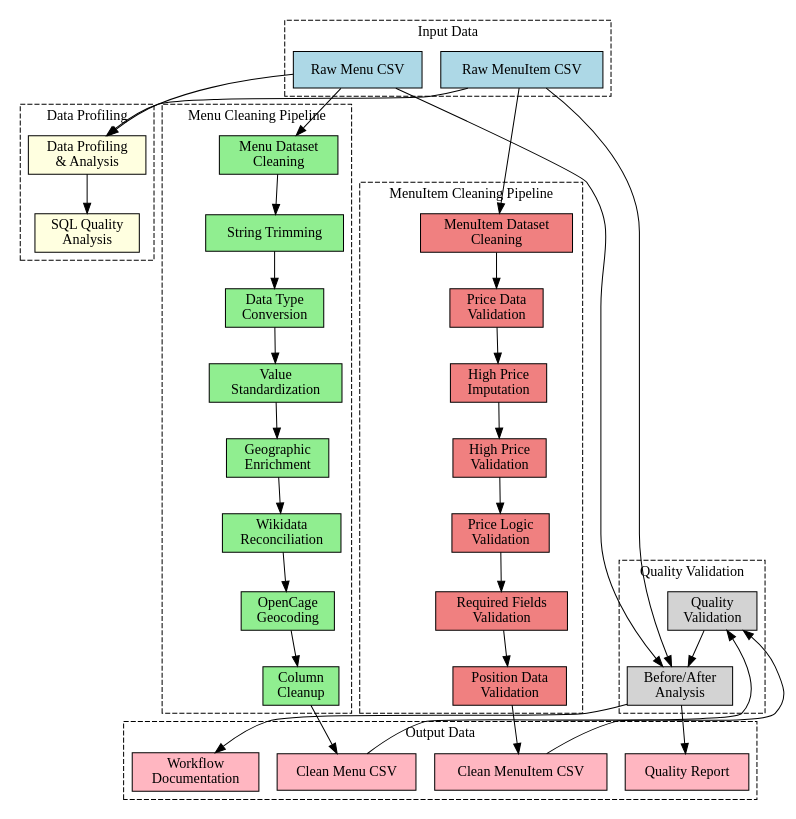
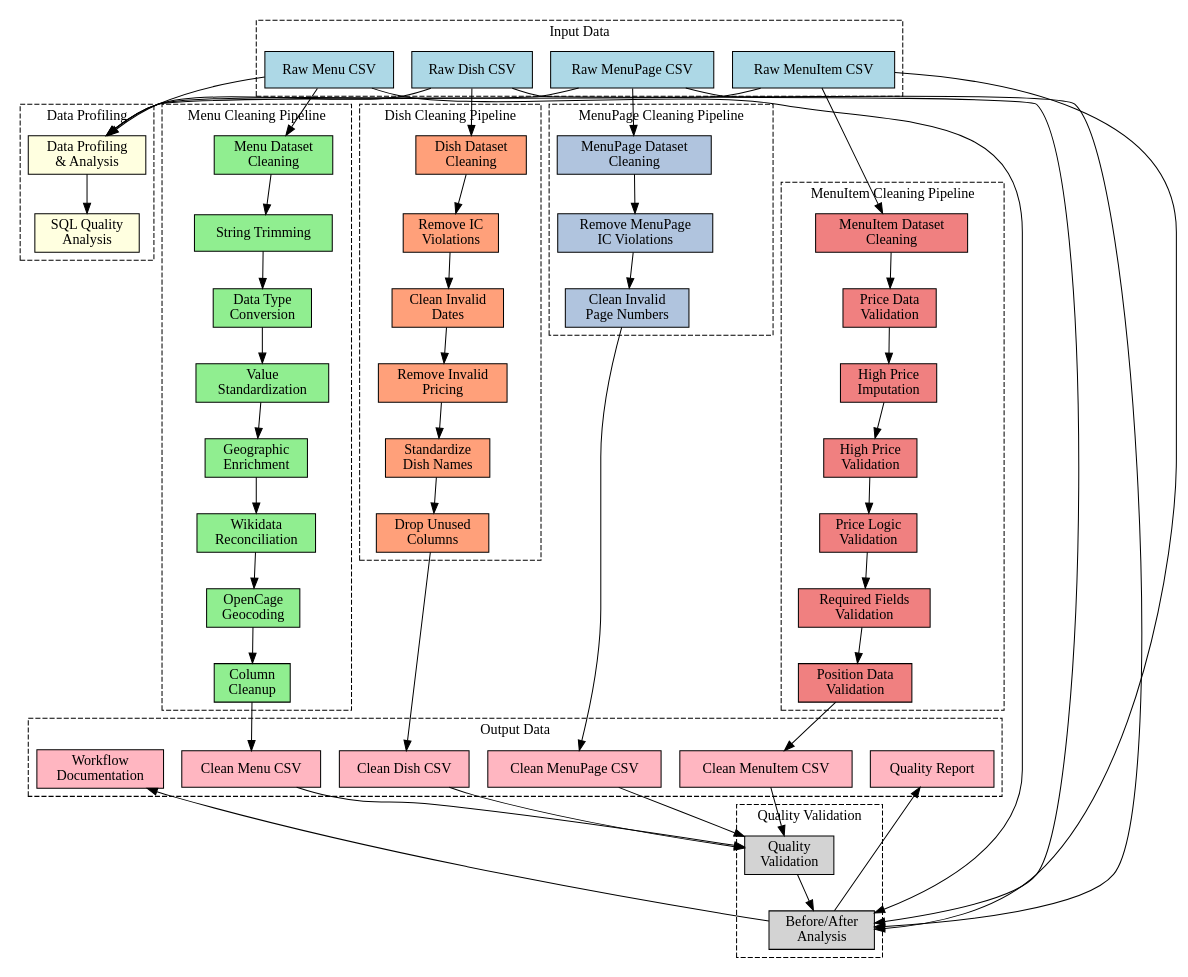
One commit to haithamshahin333/uiuc-cs513-group changed the diagram in Phase II/Detailed_Workflow_W2.gv. Above: the diagram before and after it, drawn with Graphviz. The commit also changed 6 other files, not shown here.

```diff
--- a/Phase II/Detailed_Workflow_W2.gv
+++ b/Phase II/Detailed_Workflow_W2.gv
@@ -1,122 +1,179 @@
 digraph NYPL_Data_Cleaning_Workflow {
     rankdir=TB;
     node [shape=box, style=filled];
     
     raw_menu_csv [label="Raw Menu CSV", fillcolor=lightblue];
     raw_menuitem_csv [label="Raw MenuItem CSV", fillcolor=lightblue];
+    raw_dish_csv [label="Raw Dish CSV", fillcolor=lightblue];
+    raw_menupage_csv [label="Raw MenuPage CSV", fillcolor=lightblue];
     
     profiling [label="Data Profiling\n& Analysis", fillcolor=lightyellow];
     sql_analysis [label="SQL Quality\nAnalysis", fillcolor=lightyellow];
     
     menu_cleaning [label="Menu Dataset\nCleaning", fillcolor=lightgreen];
     string_trim [label="String Trimming", fillcolor=lightgreen];
     type_convert [label="Data Type\nConversion", fillcolor=lightgreen];
     value_std [label="Value\nStandardization", fillcolor=lightgreen];
     geo_enrich [label="Geographic\nEnrichment", fillcolor=lightgreen];
     wikidata [label="Wikidata\nReconciliation", fillcolor=lightgreen];
     opencage [label="OpenCage\nGeocoding", fillcolor=lightgreen];
     column_cleanup [label="Column\nCleanup", fillcolor=lightgreen];
     
     menuitem_cleaning [label="MenuItem Dataset\nCleaning", fillcolor=lightcoral];
     price_valid [label="Price Data\nValidation", fillcolor=lightcoral];
     price_impute [label="High Price\nImputation", fillcolor=lightcoral];
     high_price_valid [label="High Price\nValidation", fillcolor=lightcoral];
     price_logic [label="Price Logic\nValidation", fillcolor=lightcoral];
     field_valid [label="Required Fields\nValidation", fillcolor=lightcoral];
     position_valid [label="Position Data\nValidation", fillcolor=lightcoral];
     
+    dish_cleaning [label="Dish Dataset\nCleaning", fillcolor=lightsalmon];
+    dish_ic_removal [label="Remove IC\nViolations", fillcolor=lightsalmon];
+    dish_date_clean [label="Clean Invalid\nDates", fillcolor=lightsalmon];
+    dish_price_clean [label="Remove Invalid\nPricing", fillcolor=lightsalmon];
+    dish_name_std [label="Standardize\nDish Names", fillcolor=lightsalmon];
+    dish_column_drop [label="Drop Unused\nColumns", fillcolor=lightsalmon];
+    
+    menupage_cleaning [label="MenuPage Dataset\nCleaning", fillcolor=lightsteelblue];
+    menupage_ic_removal [label="Remove MenuPage\nIC Violations", fillcolor=lightsteelblue];
+    menupage_page_clean [label="Clean Invalid\nPage Numbers", fillcolor=lightsteelblue];
+    
     quality_valid [label="Quality\nValidation", fillcolor=lightgray];
     before_after [label="Before/After\nAnalysis", fillcolor=lightgray];
     
     clean_menu_csv [label="Clean Menu CSV", fillcolor=lightpink];
     clean_menuitem_csv [label="Clean MenuItem CSV", fillcolor=lightpink];
+    clean_dish_csv [label="Clean Dish CSV", fillcolor=lightpink];
+    clean_menupage_csv [label="Clean MenuPage CSV", fillcolor=lightpink];
     quality_report [label="Quality Report", fillcolor=lightpink];
     workflow_doc [label="Workflow\nDocumentation", fillcolor=lightpink];
     
     raw_menu_csv -> profiling;
     raw_menuitem_csv -> profiling;
+    raw_dish_csv -> profiling;
+    raw_menupage_csv -> profiling;
     profiling -> sql_analysis;
     
     raw_menu_csv -> menu_cleaning;
     menu_cleaning -> string_trim;
     string_trim -> type_convert;
     type_convert -> value_std;
     value_std -> geo_enrich;
     geo_enrich -> wikidata;
     wikidata -> opencage;
     opencage -> column_cleanup;
     column_cleanup -> clean_menu_csv;
     
     raw_menuitem_csv -> menuitem_cleaning;
     menuitem_cleaning -> price_valid;
     price_valid -> price_impute;
     price_impute -> high_price_valid;
     high_price_valid -> price_logic;
     price_logic -> field_valid;
     field_valid -> position_valid;
     position_valid -> clean_menuitem_csv;
     
+    raw_dish_csv -> dish_cleaning;
+    dish_cleaning -> dish_ic_removal;
+    dish_ic_removal -> dish_date_clean;
+    dish_date_clean -> dish_price_clean;
+    dish_price_clean -> dish_name_std;
+    dish_name_std -> dish_column_drop;
+    dish_column_drop -> clean_dish_csv;
+    
+    raw_menupage_csv -> menupage_cleaning;
+    menupage_cleaning -> menupage_ic_removal;
+    menupage_ic_removal -> menupage_page_clean;
+    menupage_page_clean -> clean_menupage_csv;
+    
     clean_menu_csv -> quality_valid;
     clean_menuitem_csv -> quality_valid;
+    clean_dish_csv -> quality_valid;
+    clean_menupage_csv -> quality_valid;
     quality_valid -> before_after;
     raw_menu_csv -> before_after;
     raw_menuitem_csv -> before_after;
+    raw_dish_csv -> before_after;
+    raw_menupage_csv -> before_after;
     
     before_after -> quality_report;
     before_after -> workflow_doc;
     
     subgraph cluster_input {
         label="Input Data";
         style=dashed;
         raw_menu_csv;
         raw_menuitem_csv;
+        raw_dish_csv;
+        raw_menupage_csv;
     }
     
     subgraph cluster_profiling {
         label="Data Profiling";
         style=dashed;
         profiling;
         sql_analysis;
     }
     
     subgraph cluster_menu_clean {
         label="Menu Cleaning Pipeline";
         style=dashed;
         menu_cleaning;
         string_trim;
         type_convert;
         value_std;
         geo_enrich;
         wikidata;
         opencage;
         column_cleanup;
     }
     
     subgraph cluster_menuitem_clean {
         label="MenuItem Cleaning Pipeline";
         style=dashed;
         menuitem_cleaning;
         price_valid;
         price_impute;
         high_price_valid;
         price_logic;
         field_valid;
         position_valid;
     }
     
+    subgraph cluster_dish_clean {
+        label="Dish Cleaning Pipeline";
+        style=dashed;
+        dish_cleaning;
+        dish_ic_removal;
+        dish_date_clean;
+        dish_price_clean;
+        dish_name_std;
+        dish_column_drop;
+    }
+    
+    subgraph cluster_menupage_clean {
+        label="MenuPage Cleaning Pipeline";
+        style=dashed;
+        menupage_cleaning;
+        menupage_ic_removal;
+        menupage_page_clean;
+    }
+    
     subgraph cluster_validation {
         label="Quality Validation";
         style=dashed;
         quality_valid;
         before_after;
     }
     
     subgraph cluster_output {
         label="Output Data";
         style=dashed;
         clean_menu_csv;
         clean_menuitem_csv;
+        clean_dish_csv;
+        clean_menupage_csv;
         quality_report;
         workflow_doc;
     }
 }
```
